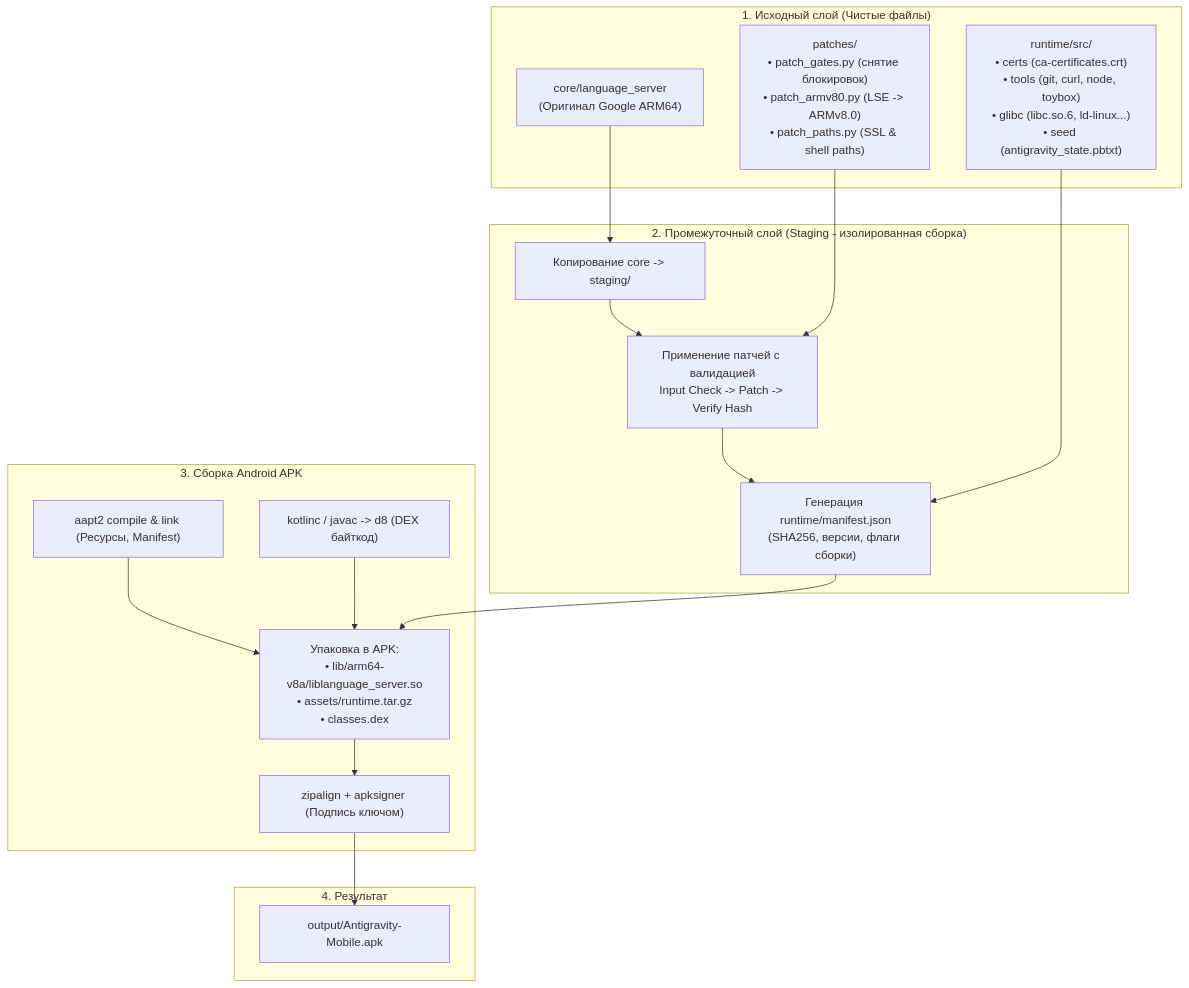
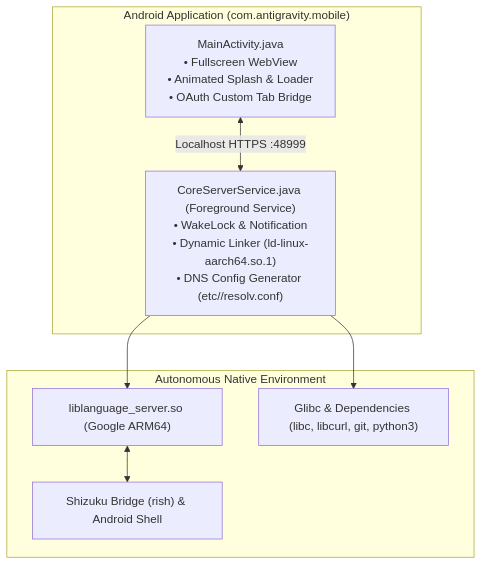
One commit to werdio325-png/antigravity-android changed the diagram in README.md. Above: the diagram before and after it, drawn with Mermaid. The commit also changed other lines of this file, not shown here.

Commit message:
docs: enrich README with polished bilingual documentation, badges, and architecture diagrams

````diff
--- a/README.md
+++ b/README.md
@@ -31,37 +51,17 @@
 ```mermaid
 graph TD
-    subgraph SOURCES["1. Исходный слой (Чистые файлы)"]
-        Core["core/language_server<br/>(Оригинал Google ARM64)"]
-        RuntimeSrc["runtime/src/<br/>• certs (ca-certificates.crt)<br/>• tools (git, curl, node, toybox)<br/>• glibc (libc.so.6, ld-linux...)<br/>• seed (antigravity_state.pbtxt)"]
-        Patches["patches/<br/>• patch_gates.py (снятие блокировок)<br/>• patch_armv80.py (LSE -> ARMv8.0)<br/>• patch_paths.py (SSL & shell paths)"]
+    subgraph APP["Android Application (com.antigravity.mobile)"]
+        UI["MainActivity.java<br/>• Fullscreen WebView<br/>• Animated Splash & Loader<br/>• OAuth Custom Tab Bridge"]
+        SVC["CoreServerService.java (Foreground Service)<br/>• WakeLock & Notification<br/>• Dynamic Linker (ld-linux-aarch64.so.1)<br/>• DNS Config Generator (etc//resolv.conf)"]
+        UI <-->|Localhost HTTPS :48999| SVC
     end
 
-    subgraph STAGING["2. Промежуточный слой (Staging - изолированная сборка)"]
-        CopyCore["Копирование core -> staging/"]
-        PatchStep["Применение патчей с валидацией<br/>Input Check -> Patch -> Verify Hash"]
-        GenManifest["Генерация runtime/manifest.json<br/>(SHA256, версии, флаги сборки)"]
-        
-        CopyCore --> PatchStep --> GenManifest
+    subgraph RUNTIME["Autonomous Native Environment"]
+        Core["liblanguage_server.so (Google ARM64)"]
+        Glibc["Glibc & Dependencies (libc, libcurl, git, python3)"]
+        Bridge["Shizuku Bridge (rish) & Android Shell"]
+        SVC --> Core
+        SVC --> Glibc
+        Core <--> Bridge
     end
-
-    subgraph APK_BUILD["3. Сборка Android APK"]
-        AAPT["aapt2 compile & link (Ресурсы, Manifest)"]
-        KOTLIN["kotlinc / javac -> d8 (DEX байткод)"]
-        PACK["Упаковка в APK:<br/>• lib/arm64-v8a/liblanguage_server.so<br/>• assets/runtime.tar.gz<br/>• classes.dex"]
-        SIGN["zipalign + apksigner (Подпись ключом)"]
-        
-        AAPT --> PACK
-        KOTLIN --> PACK
-        PACK --> SIGN
-    end
-
-    subgraph OUTPUT["4. Результат"]
-        FinalAPK["output/Antigravity-Mobile.apk"]
-        SIGN --> FinalAPK
-    end
-
-    Core --> CopyCore
-    Patches --> PatchStep
-    RuntimeSrc --> GenManifest
-    GenManifest --> PACK
 ```
````
